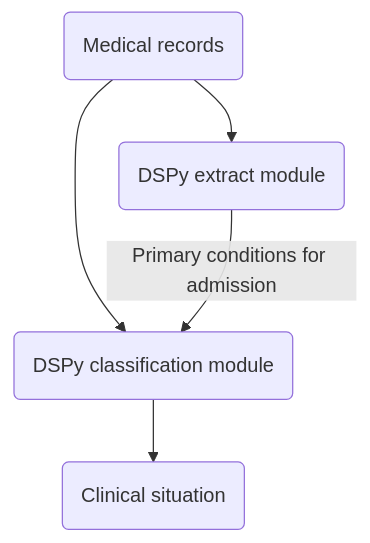
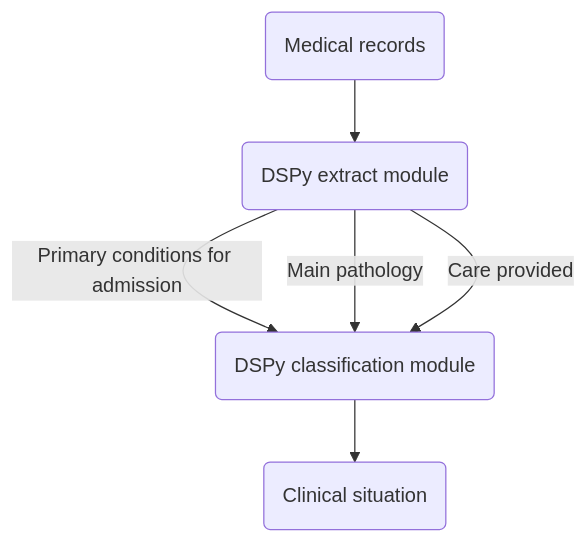
Before and after one commit to basilefuchs/clinical_situation: the diagram in README.md, drawn with Mermaid. The commit also changed 2 other files, not shown here.

````diff
--- a/README.md
+++ b/README.md
@@ -6,12 +6,14 @@
 ```mermaid
 flowchart TB
 
 mr("Medical records")
 ea("DSPy extract module")
 ca("DSPy classification module")
 cs("Clinical situation")
 
-mr --> ea & ca
+mr --> ea
 ea --"Primary conditions for admission"--> ca
+ea --"Main pathology"--> ca
+ea --"Care provided"--> ca
 ca --> cs
 ```
````
